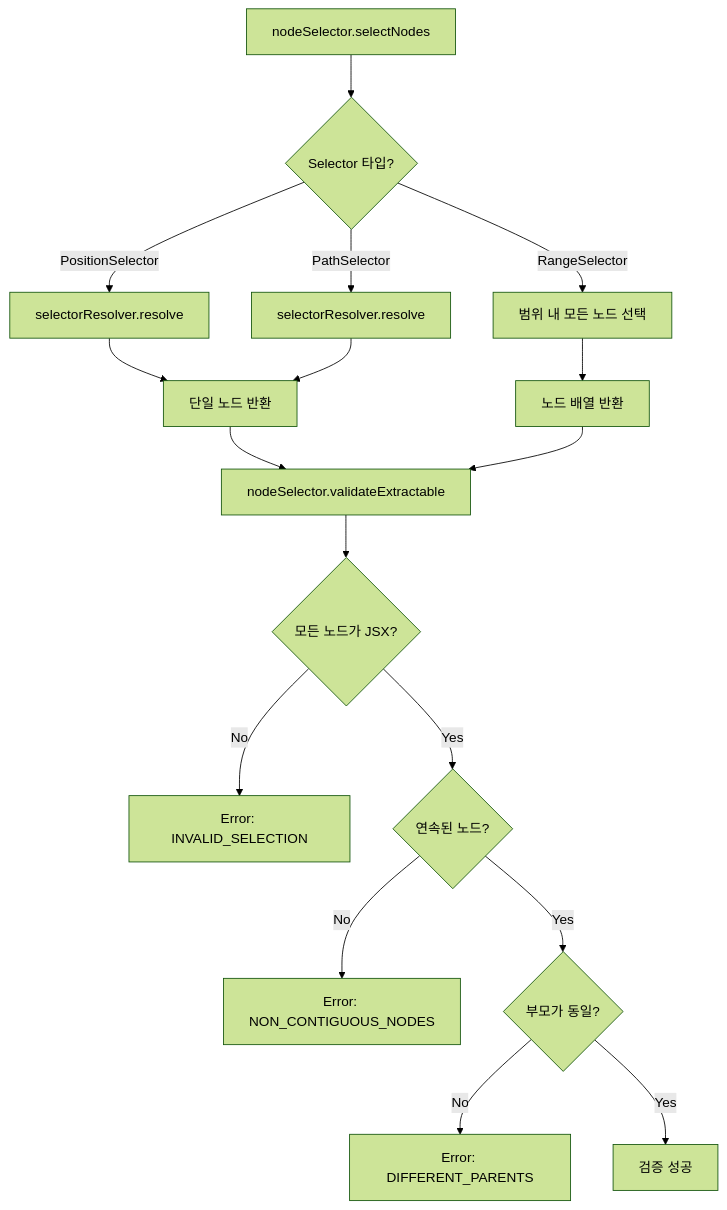
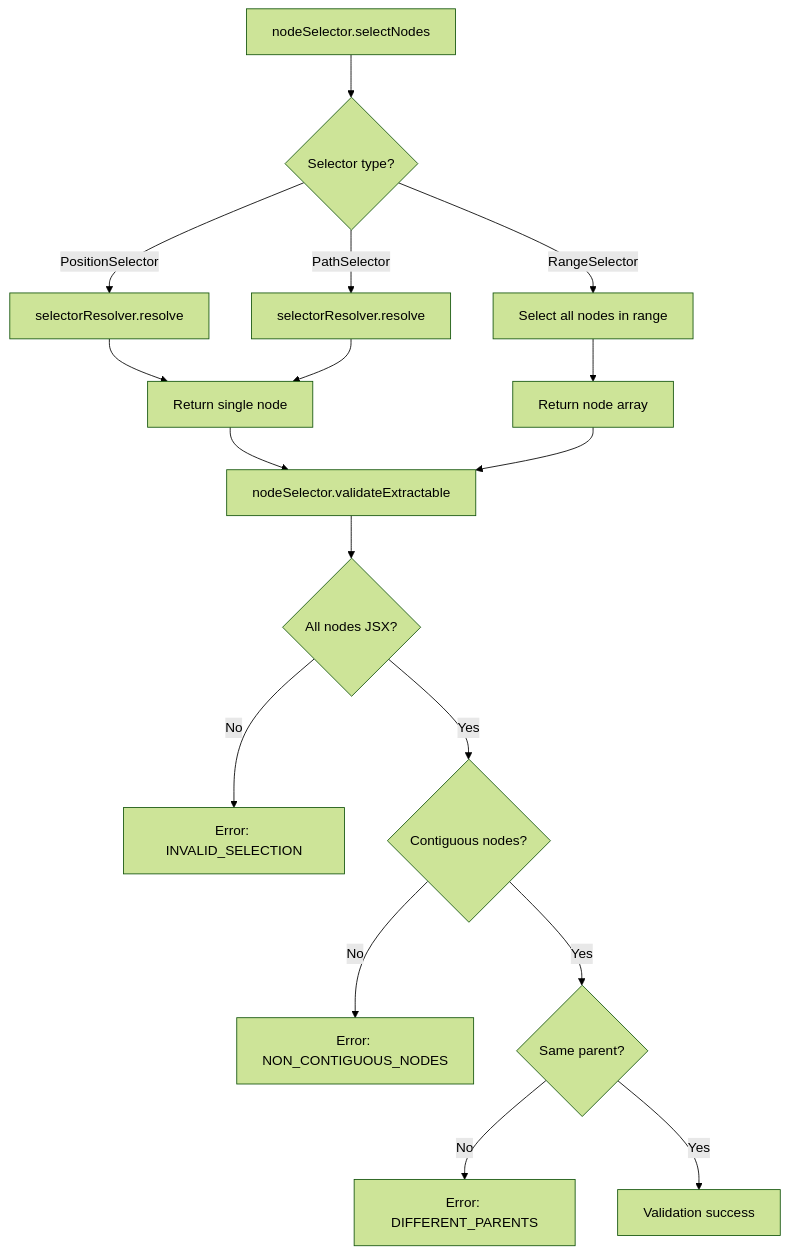
Before and after one commit to wickedev/regrafter: the fifth of 13 diagrams in .claude/specs/jsx-extract/design.md, drawn with Mermaid (forest theme). The commit also changed other lines of this file and 86 other files, not shown here.

````diff
--- a/.claude/specs/jsx-extract/design.md
+++ b/.claude/specs/jsx-extract/design.md
@@ -727,23 +727,23 @@
 ```mermaid
 flowchart TD
-    A[nodeSelector.selectNodes] --> B{Selector 타입?}
+    A[nodeSelector.selectNodes] --> B{Selector type?}
 
     B -->|PositionSelector| C[selectorResolver.resolve]
     B -->|PathSelector| D[selectorResolver.resolve]
-    B -->|RangeSelector| E[범위 내 모든 노드 선택]
+    B -->|RangeSelector| E[Select all nodes in range]
 
-    C --> F[단일 노드 반환]
+    C --> F[Return single node]
     D --> F
-    E --> G[노드 배열 반환]
+    E --> G[Return node array]
 
     F --> H[nodeSelector.validateExtractable]
     G --> H
 
-    H --> I{모든 노드가 JSX?}
+    H --> I{All nodes JSX?}
     I -->|No| J[Error: INVALID_SELECTION]
-    I -->|Yes| K{연속된 노드?}
+    I -->|Yes| K{Contiguous nodes?}
     K -->|No| L[Error: NON_CONTIGUOUS_NODES]
-    K -->|Yes| M{부모가 동일?}
+    K -->|Yes| M{Same parent?}
     M -->|No| N[Error: DIFFERENT_PARENTS]
-    M -->|Yes| O[검증 성공]
+    M -->|Yes| O[Validation success]
 ```
````
